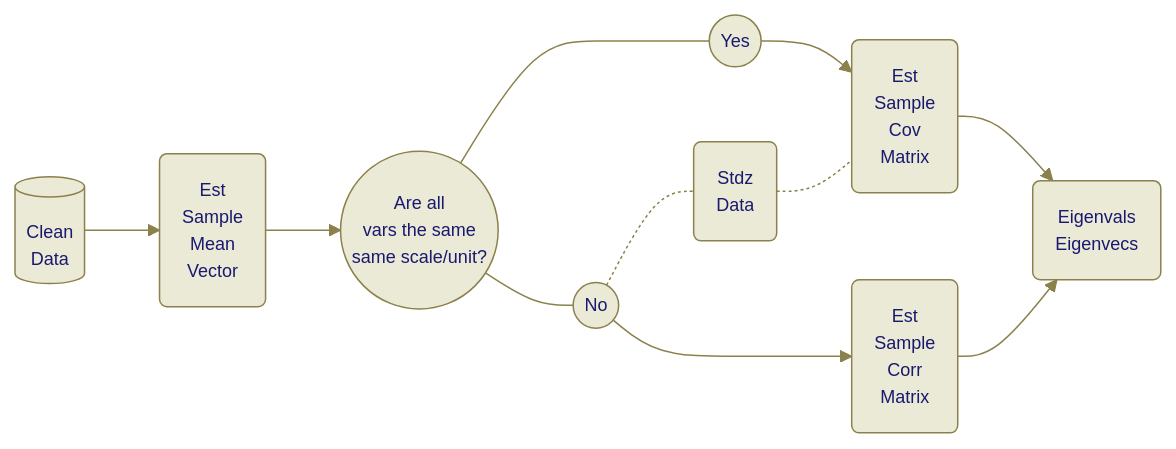
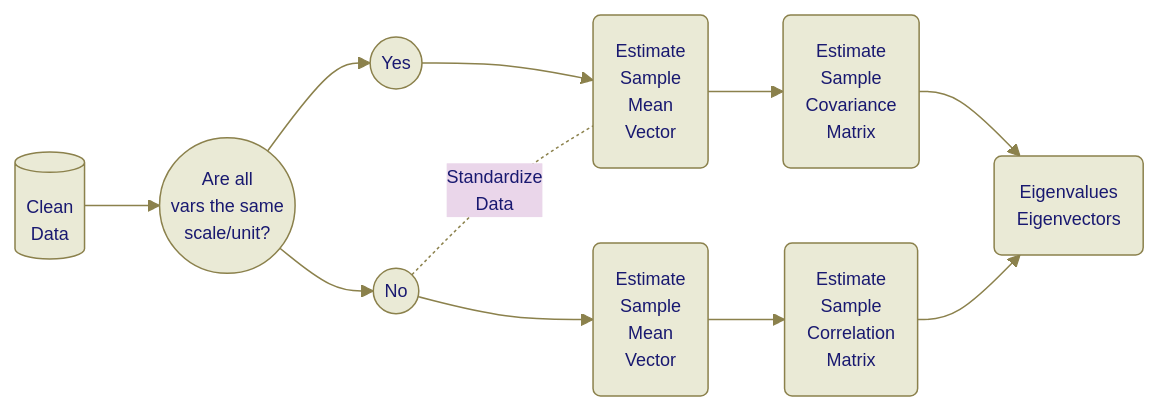
One commit to bjcarr08/STA6257_Project_PCA changed the diagram in index.qmd. Above: the diagram before and after it, drawn with Mermaid. The commit also changed other lines of this file and 1 other file, not shown here.

````diff
--- a/index.qmd
+++ b/index.qmd
@@ -301,17 +306,17 @@
 ```{mermaid, code-fold: hide}
 
 %%{init: {'theme': 'base', 'themeVariables': { 'background': '#FAFAF5', 'primaryColor': '#EAEAD6', 'nodeBorder': '#8B814C', 'lineColor': '#8B814C', 'primaryTextColor': '#191970', 'textColor': '#191970', 'fontSize': '12px', 'width': '100%'}}}%%
 
 flowchart LR
-A[(Clean<br/>Data)] --> B(Est<br/>Sample<br/>Mean<br/>Vector)
-B --> C((Are all<br/>vars the same<br/>same scale/unit?))
-C --- D((Yes))
-C --- E((No))
-D --> G(Est<br/>Sample<br/>Cov<br/>Matrix)
-E -.- F(Stdz<br/>Data)
-E --> H(Est<br/>Sample<br/>Corr<br/>Matrix)
-F -.- G
-G --> I(Eigenvals<br/>Eigenvecs)
+A[(Clean<br/>Data)] --> B((Are all<br/>vars the same<br/>scale/unit?))
+B --> C((Yes))
+B --> D((No))
+D -.- |Standardize<br/>Data| E(Estimate<br/>Sample<br/>Mean<br/>Vector)
+C --> E
+D --> F(Estimate<br/>Sample<br/>Mean<br/>Vector)
+E --> G(Estimate<br/>Sample<br/>Covariance<br/>Matrix)
+F --> H(Estimate<br/>Sample<br/>Correlation<br/>Matrix)
+G --> I(Eigenvalues<br/>Eigenvectors)
 H --> I
 
 ```
````
